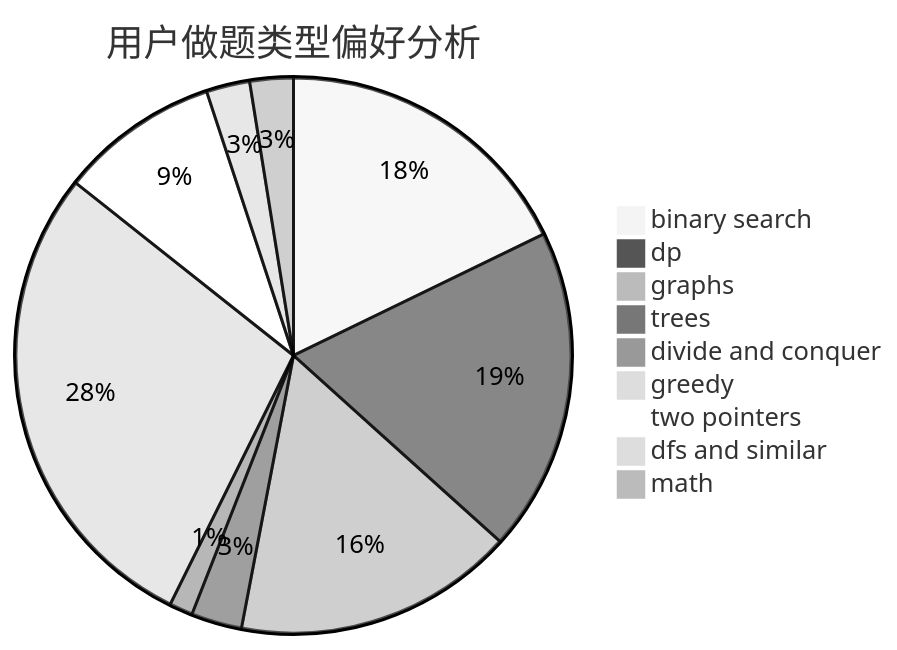
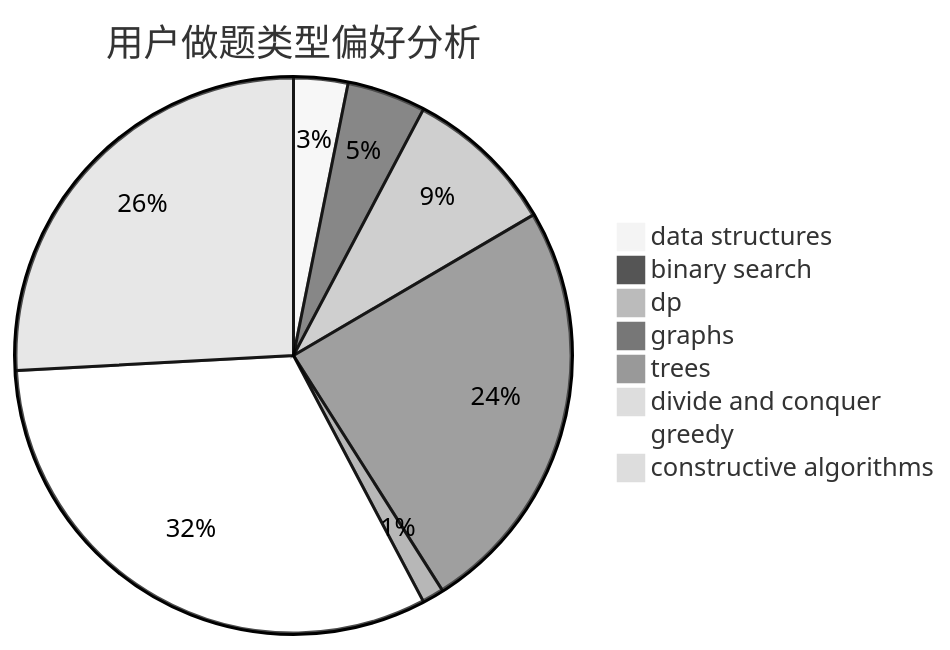
One commit to sherpahu/cfrs.github.io changed the second of 3 diagrams in docs/user/u339.md. Above: the diagram before and after it, drawn with Mermaid (neutral theme). The commit also changed other lines of this file and 2775 other files, not shown here.

````diff
--- a/docs/user/u339.md
+++ b/docs/user/u339.md
@@ -23,12 +23,11 @@
 ```mermaid
 pie title 用户做题类型偏好分析
-    "binary search" :  169
-    "dp" :  179
+    "data structures" :  20
+    "binary search" :  29
+    "dp" :  56
     "graphs" :  155
-    "trees" :  28
-    "divide and conquer" :  13
-    "greedy" :  269
-    "two pointers" :  88
-    "dfs and similar" :  24
-    "math" :  24
+    "trees" :  8
+    "divide and conquer" :  0
+    "greedy" :  202
+    "constructive algorithms" :  164
 ```
````
